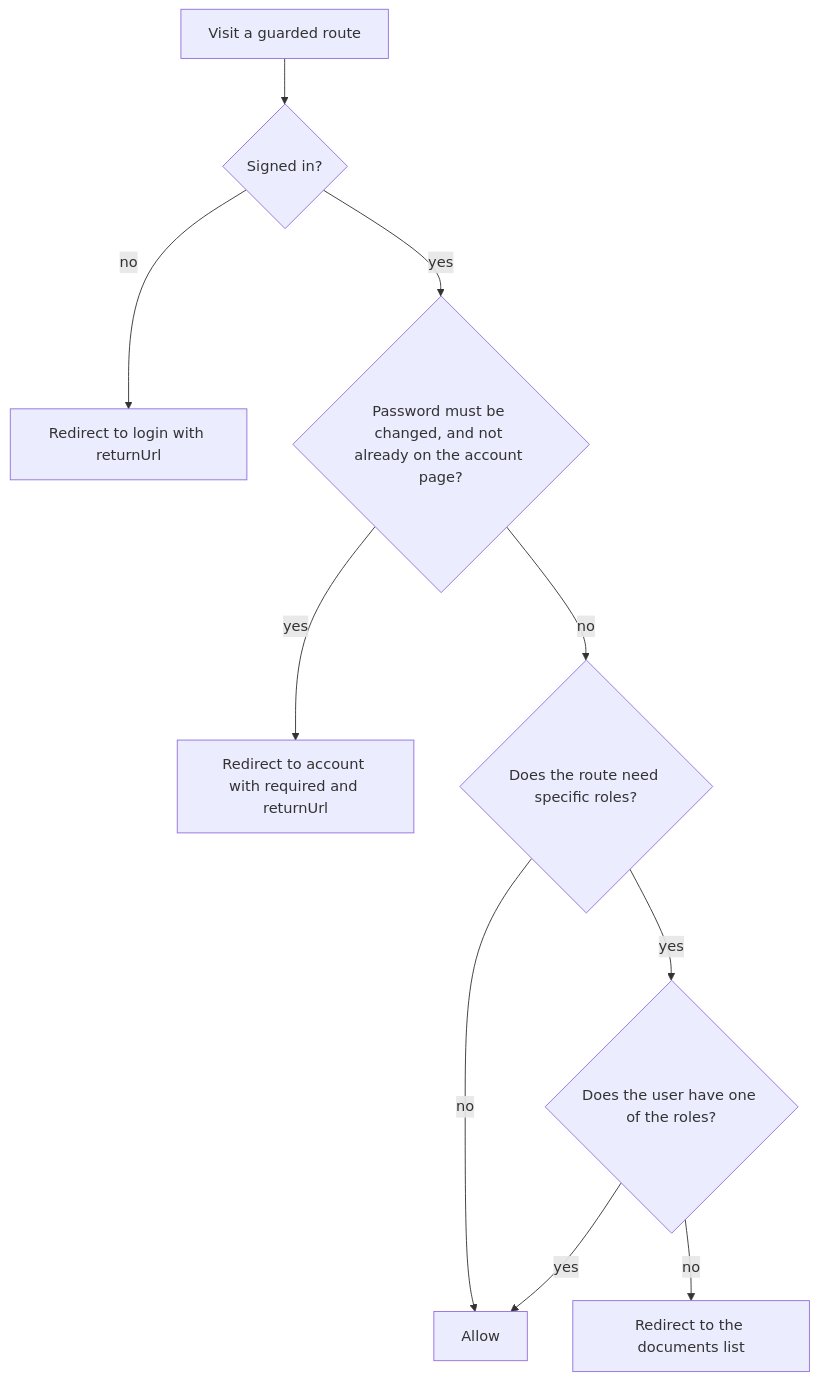
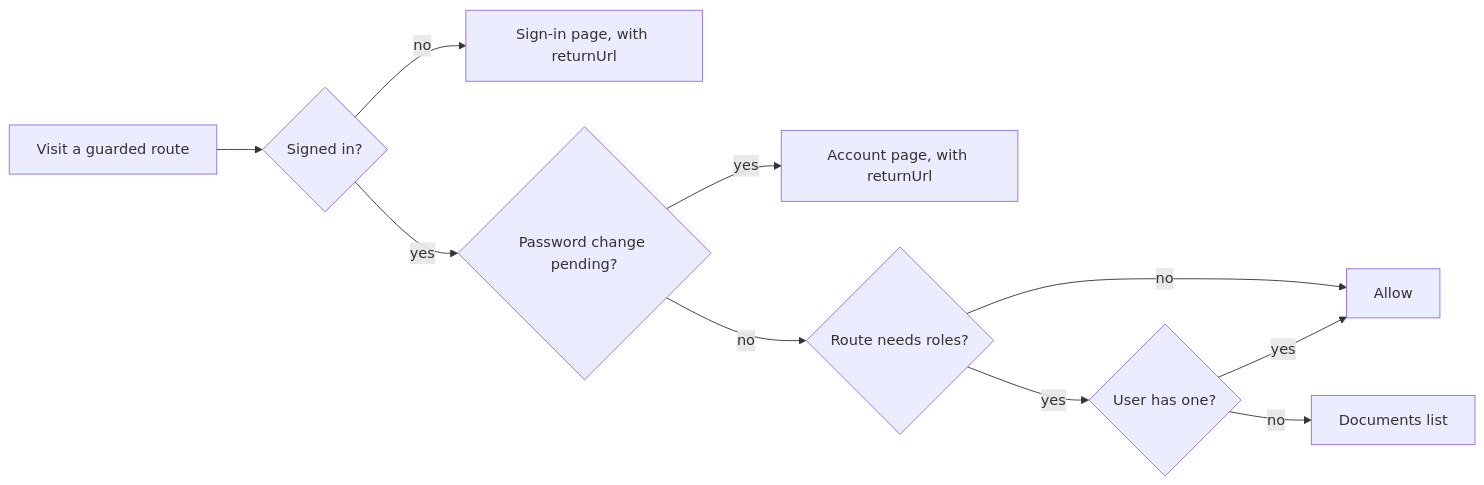
One commit to Sriram-Codes-SW/secure-doc-viewer changed the first of 2 diagrams in book/part-3-frontend/23-routing-guards-forms.md. Above: the diagram before and after it, drawn with Mermaid. The commit also changed other lines of this file and 59 other files, not shown here.

Commit message:
Book: round 2 fixes (Ch 40/41 trim and Figure 41.5, wide diagrams, glossary bolding, star labels, EPUB metadata, contrast theme)

````diff
--- a/book/part-3-frontend/23-routing-guards-forms.md
+++ b/book/part-3-frontend/23-routing-guards-forms.md
@@ -185,12 +185,12 @@
 ```mermaid
-flowchart TB
+flowchart LR
     A["Visit a guarded route"] --> B{"Signed in?"}
-    B -->|no| C["Redirect to login with returnUrl"]
-    B -->|yes| D{"Password must be changed, and not already on the account page?"}
-    D -->|yes| E["Redirect to account with required and returnUrl"]
-    D -->|no| F{"Does the route need specific roles?"}
+    B -->|no| C["Sign-in page, with returnUrl"]
+    B -->|yes| D{"Password change pending?"}
+    D -->|yes| E["Account page, with returnUrl"]
+    D -->|no| F{"Route needs roles?"}
     F -->|no| G["Allow"]
-    F -->|yes| H{"Does the user have one of the roles?"}
+    F -->|yes| H{"User has one?"}
     H -->|yes| G
-    H -->|no| I["Redirect to the documents list"]
+    H -->|no| I["Documents list"]
 ```
````
